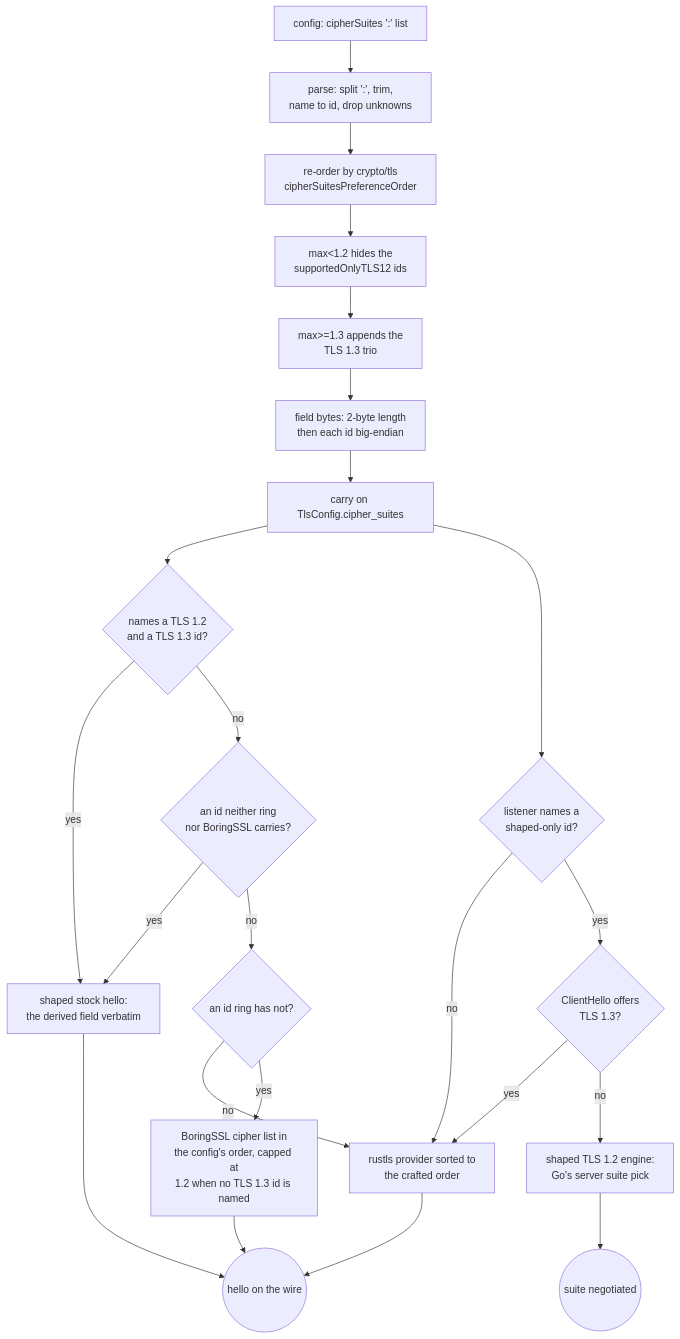
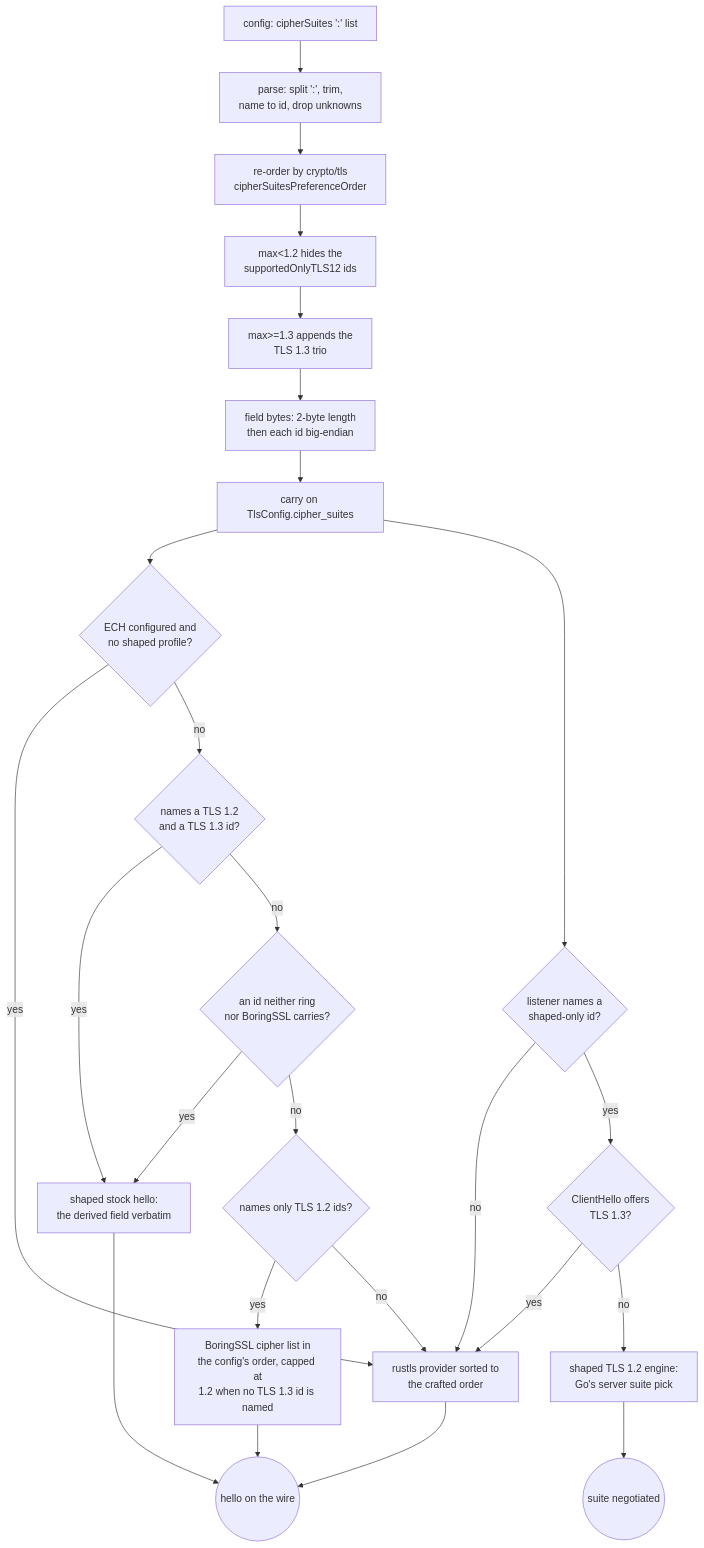
The diagram in docs/function/tls-cipher-suites.md (Ferrocite/ferrox), drawn with Mermaid before and after one commit. The commit also changed other lines of this file and 6 other files, not shown here.

````diff
--- a/docs/function/tls-cipher-suites.md
+++ b/docs/function/tls-cipher-suites.md
@@ -9,25 +9,27 @@
 ```mermaid
 graph TD
     C["config: cipherSuites ':' list"] --> P["parse: split ':', trim,<br/>name to id, drop unknowns"]
     P --> R["re-order by crypto/tls<br/>cipherSuitesPreferenceOrder"]
     R --> V["max<1.2 hides the<br/>supportedOnlyTLS12 ids"]
     V --> T["max>=1.3 appends the<br/>TLS 1.3 trio"]
     T --> F["field bytes: 2-byte length<br/>then each id big-endian"]
     F --> E["carry on TlsConfig.cipher_suites"]
-    E --> M{"names a TLS 1.2<br/>and a TLS 1.3 id?"}
+    E --> Z{"ECH configured and<br/>no shaped profile?"}
+    Z -->|yes| B["rustls provider sorted to<br/>the crafted order"]
+    Z -->|no| M{"names a TLS 1.2<br/>and a TLS 1.3 id?"}
     M -->|yes| G["shaped stock hello:<br/>the derived field verbatim"]
     M -->|no| K{"an id neither ring<br/>nor BoringSSL carries?"}
     K -->|yes| G
-    K -->|no| S{"an id ring has not?"}
-    S -->|no| B["rustls provider sorted to<br/>the crafted order"]
-    S -->|yes| L["BoringSSL cipher list in<br/>the config's order, capped at<br/>1.2 when no TLS 1.3 id is named"]
+    K -->|no| Q{"names only TLS 1.2 ids?"}
+    Q -->|yes| L["BoringSSL cipher list in<br/>the config's order, capped at<br/>1.2 when no TLS 1.3 id is named"]
+    Q -->|no| B
     G --> W
     E --> X{"listener names a<br/>shaped-only id?"}
     X -->|no| B
     X -->|yes| Y{"ClientHello offers<br/>TLS 1.3?"}
     Y -->|yes| B
     Y -->|no| H["shaped TLS 1.2 engine:<br/>Go's server suite pick"]
     B --> W(("hello on the wire"))
     L --> W
     H --> N(("suite negotiated"))
 ```
````
